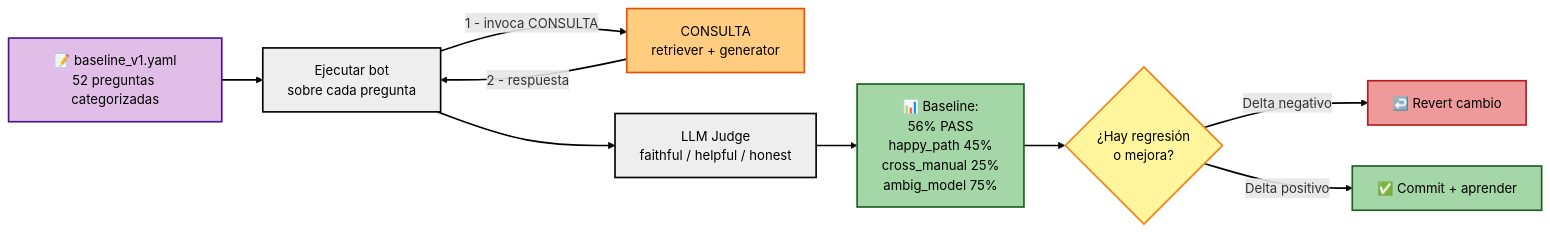
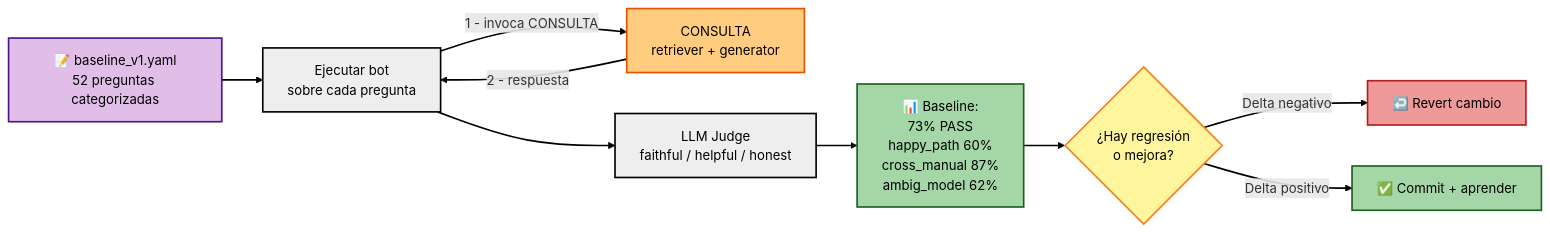
Before and after one commit to albertofontiber/technical_bot: the second of 8 diagrams in docs/ARCHITECTURE.md, drawn with Mermaid. The commit also changed other lines of this file and 1 other file, not shown here.

Commit message:
Session 15: FAMILIAS prompt v2 (open question + cross-brand admit) — judge 29→38/52 (+9, 73%)
Three changes to generator.py SYSTEM_PROMPT:
1. FAMILIAS list: removed enumerated members (no "Sistema 5000 → CPU-5000/EAB-5000/...").
2. Clarification format: ALWAYS open question ("¿qué modelo exacto?"), never enumerate
   corpus members. Single exception: if only 1 member in corpus, confirm explicitly.
3. New CROSS-BRAND section: 2+ brands → admit_no_info (not clarify). Exception: spec
   comparison without compatibility claim → list separately, no conclusions.

Results:
- Judge: 29/52 (56%) → 38/52 (73%). +9 NET.
- Per category: cross_manual 62% → 87%, missing_context 25% → 75%, ambig 12% → 62%,
  happy_path 60% stable, not_in_db 88% → 100%.
- Gains (12): cm001/005/006/007/008, hp001/005/008/012/013, mc001, mc005.
- Losses (3): am001 (bot still answers "sistema 5000" instead of clarifying — v2.1 fix),
  hp018 ("ZXe zona 1" triggers ZX family → bot clarifies; was answer in s14),
  hp019 (hallucination variance "-10 to 70 °C", unrelated to prompt change).

Trade is clearly positive. am001 and hp018 to be addressed in v2.1.

````diff
--- a/docs/ARCHITECTURE.md
+++ b/docs/ARCHITECTURE.md
@@ -96,22 +96,22 @@
 ```mermaid
 flowchart LR
     YAML[📝 baseline_v1.yaml<br>52 preguntas categorizadas] --> Runner[Ejecutar bot<br>sobre cada pregunta]
     Runner ==>|1 - invoca CONSULTA| Pipeline[CONSULTA<br>retriever + generator]
     Pipeline ==>|2 - respuesta| Runner
     Runner --> Judge[LLM Judge<br>faithful / helpful / honest]
-    Judge --> Metric[📊 Baseline:<br>56% PASS<br>happy_path 45%<br>cross_manual 25%<br>ambig_model 75%]
+    Judge --> Metric[📊 Baseline:<br>73% PASS<br>happy_path 60%<br>cross_manual 87%<br>ambig_model 62%]
     Metric --> Decision{¿Hay regresión<br>o mejora?}
     Decision -->|Delta negativo| Rollback[↩️ Revert cambio]
     Decision -->|Delta positivo| Commit[✅ Commit + aprender]
 
     style YAML fill:#e1bee7,stroke:#4a148c,color:#000000,stroke-width:2px
     style Pipeline fill:#ffcc80,stroke:#e65100,color:#000000,stroke-width:2px
     style Metric fill:#a5d6a7,stroke:#1b5e20,color:#000000,stroke-width:2px
     style Runner fill:#eeeeee,stroke:#000000,color:#000000,stroke-width:2px
     style Judge fill:#eeeeee,stroke:#000000,color:#000000,stroke-width:2px
     style Decision fill:#fff59d,stroke:#f57f17,color:#000000,stroke-width:2px
     style Rollback fill:#ef9a9a,stroke:#b71c1c,color:#000000,stroke-width:2px
     style Commit fill:#a5d6a7,stroke:#1b5e20,color:#000000,stroke-width:2px
 
     linkStyle default stroke:#000000,stroke-width:2px
 ```
````
